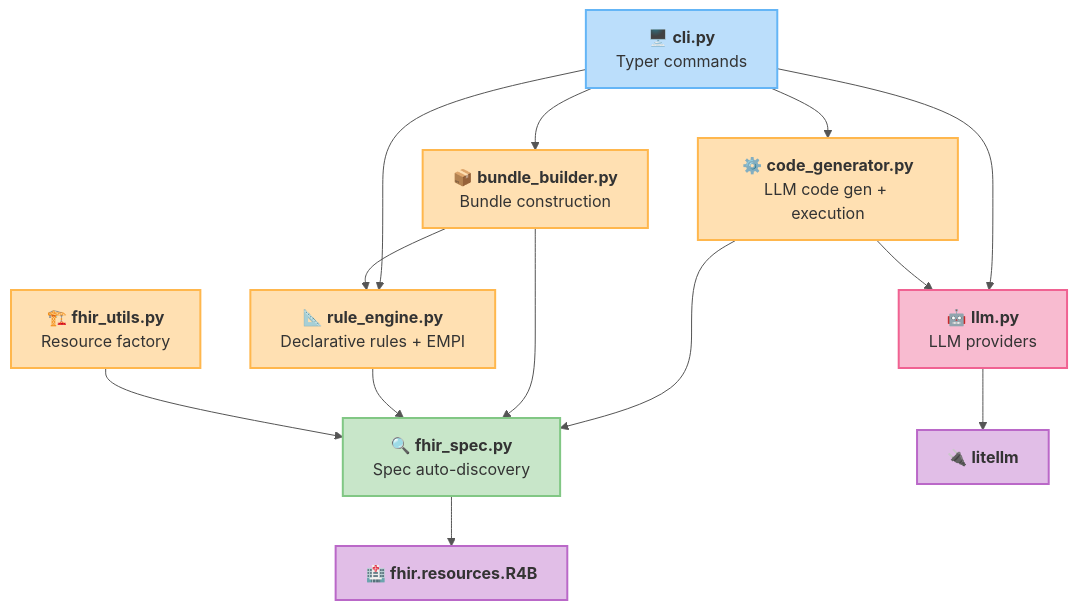
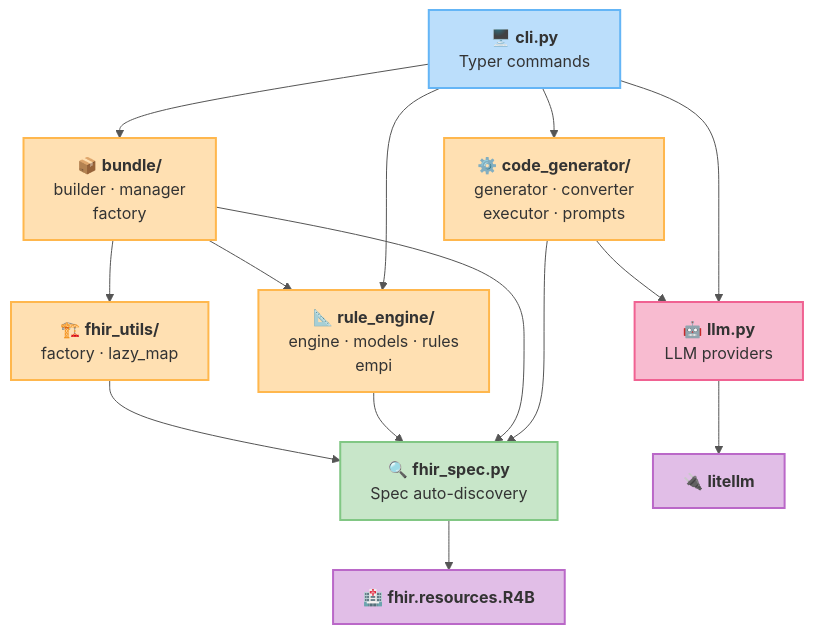
One commit to alvinhenrick/fhir-synth changed the fourth of 10 diagrams in ARCHITECTURE.md. Above: the diagram before and after it, drawn with Mermaid. The commit also changed other lines of this file and 1 other file, not shown here.

Commit message:
refactor package structure and update documentation; reorganize code generator, rule engine, bundle, and FHIR utilities

````diff
--- a/ARCHITECTURE.md
+++ b/ARCHITECTURE.md
@@ -152,41 +152,42 @@
 ```mermaid
 %%{init: {'theme': 'base', 'themeVariables': {'primaryColor': '#fff9c4', 'primaryTextColor': '#333', 'primaryBorderColor': '#555', 'lineColor': '#555', 'fontFamily': 'Comic Sans MS, cursive, sans-serif'}}}%%
 graph TD
     CLI["🖥️ <b>cli.py</b><br/>Typer commands"]
-    CG["⚙️ <b>code_generator.py</b><br/>LLM code gen + execution"]
-    RE["📐 <b>rule_engine.py</b><br/>Declarative rules + EMPI"]
-    BB["📦 <b>bundle_builder.py</b><br/>Bundle construction"]
-    FU["🏗️ <b>fhir_utils.py</b><br/>Resource factory"]
+    CG["⚙️ <b>code_generator/</b><br/>generator · converter<br/>executor · prompts"]
+    RE["📐 <b>rule_engine/</b><br/>engine · models · rules<br/>empi"]
+    BB["📦 <b>bundle/</b><br/>builder · manager<br/>factory"]
+    FU["🏗️ <b>fhir_utils/</b><br/>factory · lazy_map"]
     FS["🔍 <b>fhir_spec.py</b><br/>Spec auto-discovery"]
     LLM["🤖 <b>llm.py</b><br/>LLM providers"]
     FR["🏥 <b>fhir.resources.R4B</b>"]
     LITE["🔌 <b>litellm</b>"]
 
     CLI --> CG
     CLI --> RE
     CLI --> BB
     CLI --> LLM
 
     CG --> LLM
     CG --> FS
 
     BB --> RE
     BB --> FS
 
     RE --> FS
 
     FU --> FS
+    BB --> FU
 
     FS --> FR
     LLM --> LITE
 
     style CLI fill:#bbdefb,stroke:#64b5f6,color:#333,stroke-width:2px
     style CG fill:#ffe0b2,stroke:#ffb74d,color:#333,stroke-width:2px
     style RE fill:#ffe0b2,stroke:#ffb74d,color:#333,stroke-width:2px
     style BB fill:#ffe0b2,stroke:#ffb74d,color:#333,stroke-width:2px
     style FU fill:#ffe0b2,stroke:#ffb74d,color:#333,stroke-width:2px
     style FS fill:#c8e6c9,stroke:#81c784,color:#333,stroke-width:2px
     style LLM fill:#f8bbd0,stroke:#f06292,color:#333,stroke-width:2px
     style FR fill:#e1bee7,stroke:#ba68c8,color:#333,stroke-width:2px
     style LITE fill:#e1bee7,stroke:#ba68c8,color:#333,stroke-width:2px
 ```
````
